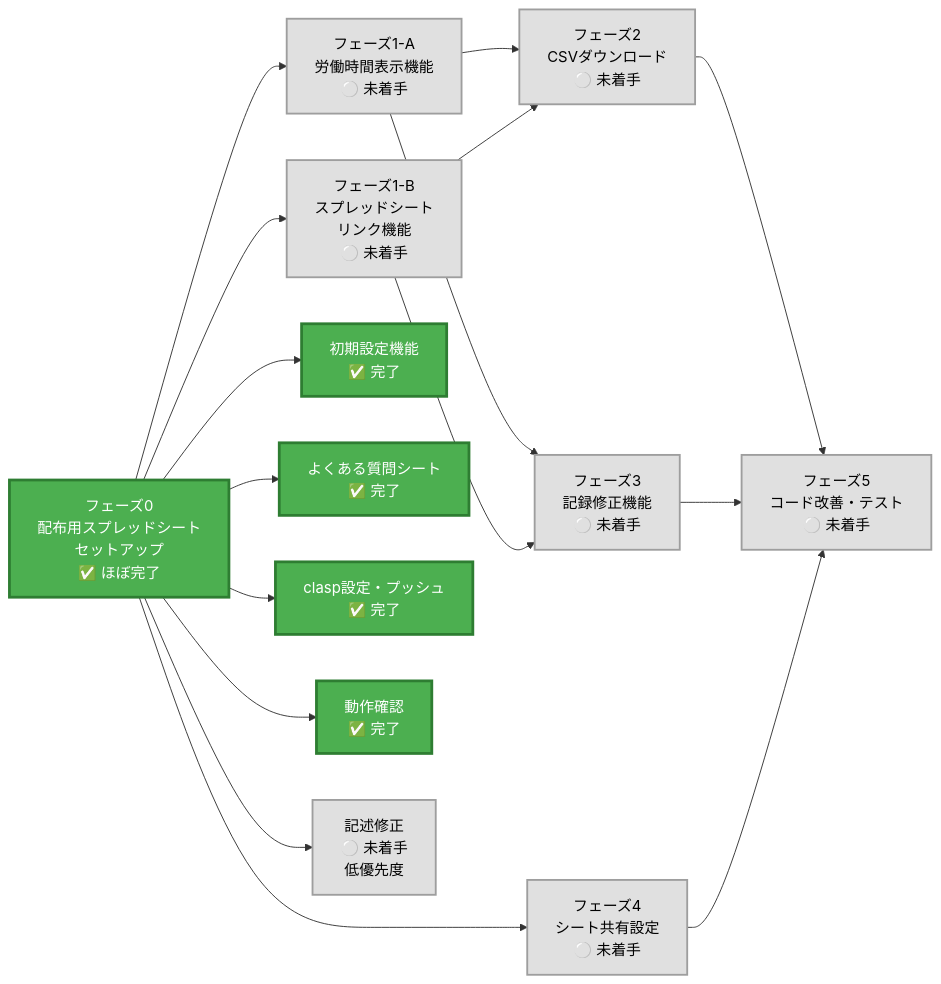
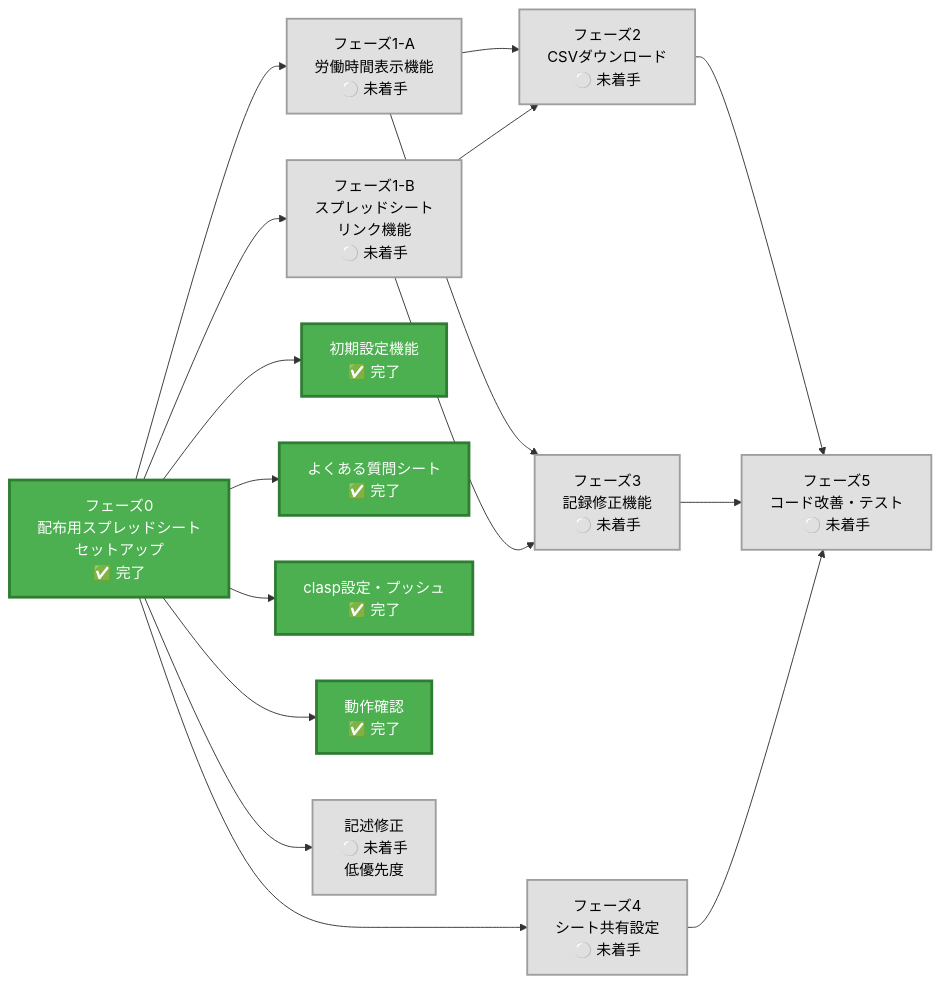
The first of 2 diagrams in TODO.md (KazukiUrano/-), drawn with Mermaid before and after one commit. The commit also changed other lines of this file, not shown here.

Commit message:
docs: フェーズ0を完了状態に更新（マーメイドチャート）

````diff
--- a/TODO.md
+++ b/TODO.md
@@ -8,54 +8,54 @@
 ```mermaid
 graph LR
     %% 第1層: フェーズ0
-    P0[フェーズ0<br/>配布用スプレッドシート<br/>セットアップ<br/>✅ ほぼ完了]
+    P0[フェーズ0<br/>配布用スプレッドシート<br/>セットアップ<br/>✅ 完了]
     
     %% 第2層: フェーズ1（AとBは並列実行可能）
     P1A[フェーズ1-A<br/>労働時間表示機能<br/>⚪ 未着手]
     P1B[フェーズ1-B<br/>スプレッドシート<br/>リンク機能<br/>⚪ 未着手]
     P4[フェーズ4<br/>シート共有設定<br/>⚪ 未着手]
     
     %% 第3層: フェーズ2, 3（フェーズ1完了後）
     P2[フェーズ2<br/>CSVダウンロード<br/>⚪ 未着手]
     P3[フェーズ3<br/>記録修正機能<br/>⚪ 未着手]
     
     %% 第4層: フェーズ5（最終）
     P5[フェーズ5<br/>コード改善・テスト<br/>⚪ 未着手]
     
     %% 依存関係（左から右へ）
     P0 --> P1A
     P0 --> P1B
     P0 --> P4
     
     P1A --> P2
     P1A --> P3
     P1B --> P2
     P1B --> P3
     
     P2 --> P5
     P3 --> P5
     P4 --> P5
     
     %% スタイル設定
     classDef completed fill:#4CAF50,stroke:#2E7D32,stroke-width:3px,color:#fff
     classDef notStarted fill:#E0E0E0,stroke:#9E9E9E,stroke-width:2px,color:#000
     
     class P0 completed
     class P1A,P1B,P2,P3,P4,P5 notStarted
     
     %% フェーズ0の詳細
     P0_1[初期設定機能<br/>✅ 完了]
     P0_2[よくある質問シート<br/>✅ 完了]
     P0_3[clasp設定・プッシュ<br/>✅ 完了]
     P0_4[動作確認<br/>✅ 完了]
     P0_5[記述修正<br/>⚪ 未着手<br/>低優先度]
     
     P0 --> P0_1
     P0 --> P0_2
     P0 --> P0_3
     P0 --> P0_4
     P0 --> P0_5
     
     class P0_1,P0_2,P0_3,P0_4 completed
     class P0_5 notStarted
 ```
````
